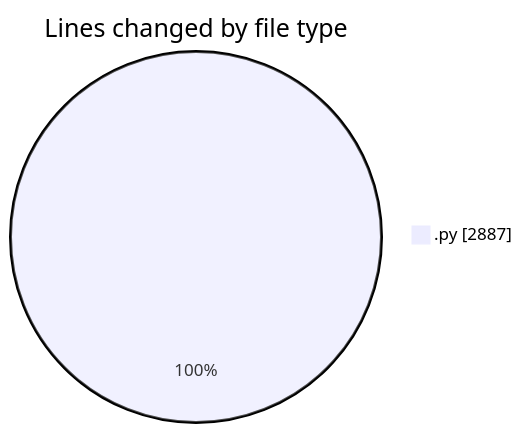
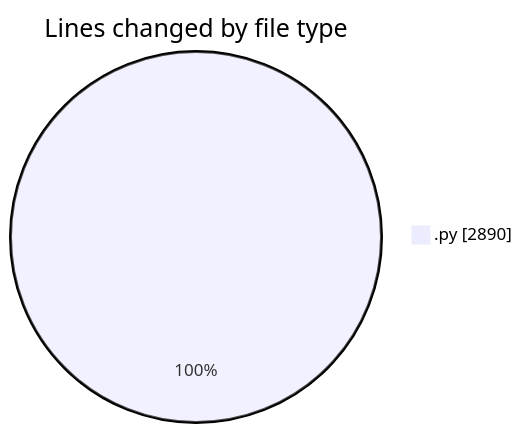
The first of 2 diagrams in 2025-11-19/eventscop-api-guide__workspace_/README.md (julien-gomy/code-tracking), drawn with Mermaid before and after one commit. The commit also changed other lines of this file and 1 other file, not shown here.

````diff
--- a/2025-11-19/eventscop-api-guide__workspace_/README.md
+++ b/2025-11-19/eventscop-api-guide__workspace_/README.md
@@ -24,5 +24,5 @@
 ```mermaid
 pie showData
 title Lines changed by file type
-".py" : 2887
+".py" : 2890
 ```
````
